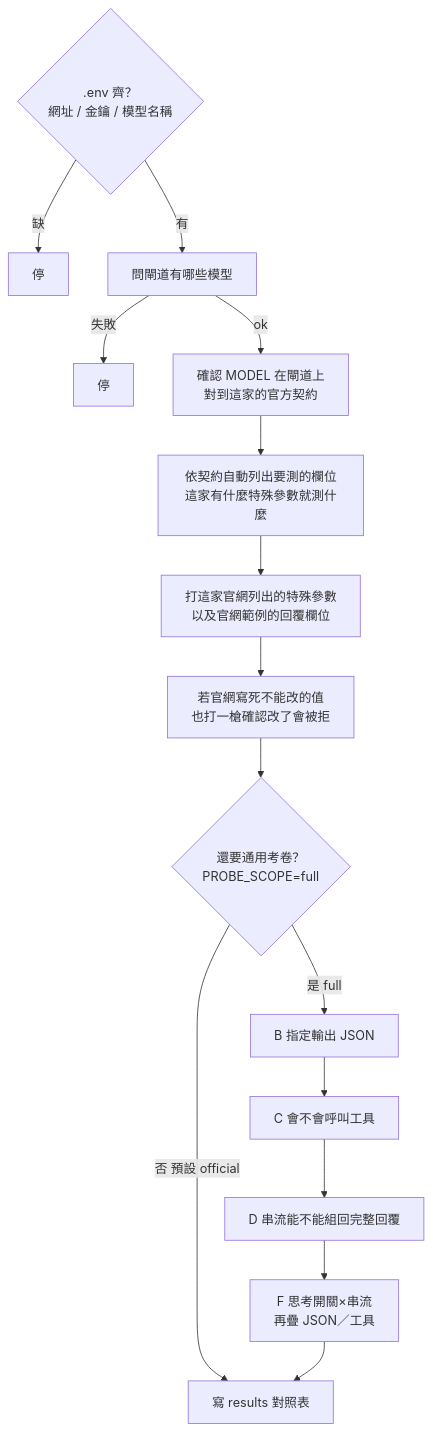
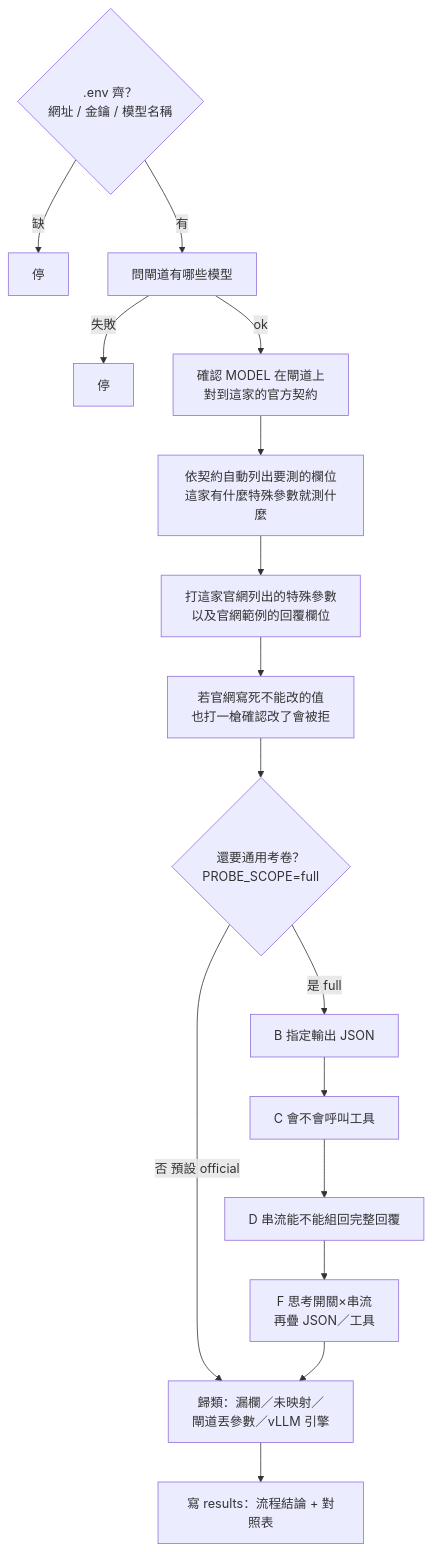
One commit to eric4057/model-chat-completions-params changed the first of 3 diagrams in FLOWCHART.md. Above: the diagram before and after it, drawn with Mermaid. The commit also changed other lines of this file and 31 other files, not shown here.

````diff
--- a/FLOWCHART.md
+++ b/FLOWCHART.md
@@ -28,17 +28,18 @@
 ```mermaid
 flowchart TD
   Chk{".env 齊？<br/>網址 / 金鑰 / 模型名稱"} -->|缺| Stop1[停]
   Chk -->|有| Z["問閘道有哪些模型"]
   Z -->|失敗| Stop2[停]
   Z -->|ok| Match["確認 MODEL 在閘道上<br/>對到這家的官方契約"]
   Match --> Gen["依契約自動列出要測的欄位<br/>這家有什麼特殊參數就測什麼"]
   Gen --> A["打這家官網列出的特殊參數<br/>以及官網範例的回覆欄位"]
   A --> E["若官網寫死不能改的值<br/>也打一槍確認改了會被拒"]
   E --> Extra{"還要通用考卷？<br/>PROBE_SCOPE=full"}
-  Extra -->|否 預設 official| W["寫 results 對照表"]
+  Extra -->|否 預設 official| Class["歸類：漏欄／未映射／<br/>閘道丟參數／vLLM 引擎"]
   Extra -->|是 full| B["B 指定輸出 JSON"]
   B --> C["C 會不會呼叫工具"]
   C --> D["D 串流能不能組回完整回覆"]
   D --> F["F 思考開關×串流<br/>再疊 JSON／工具"]
-  F --> W
+  F --> Class
+  Class --> W["寫 results：流程結論 + 對照表"]
 ```
````
